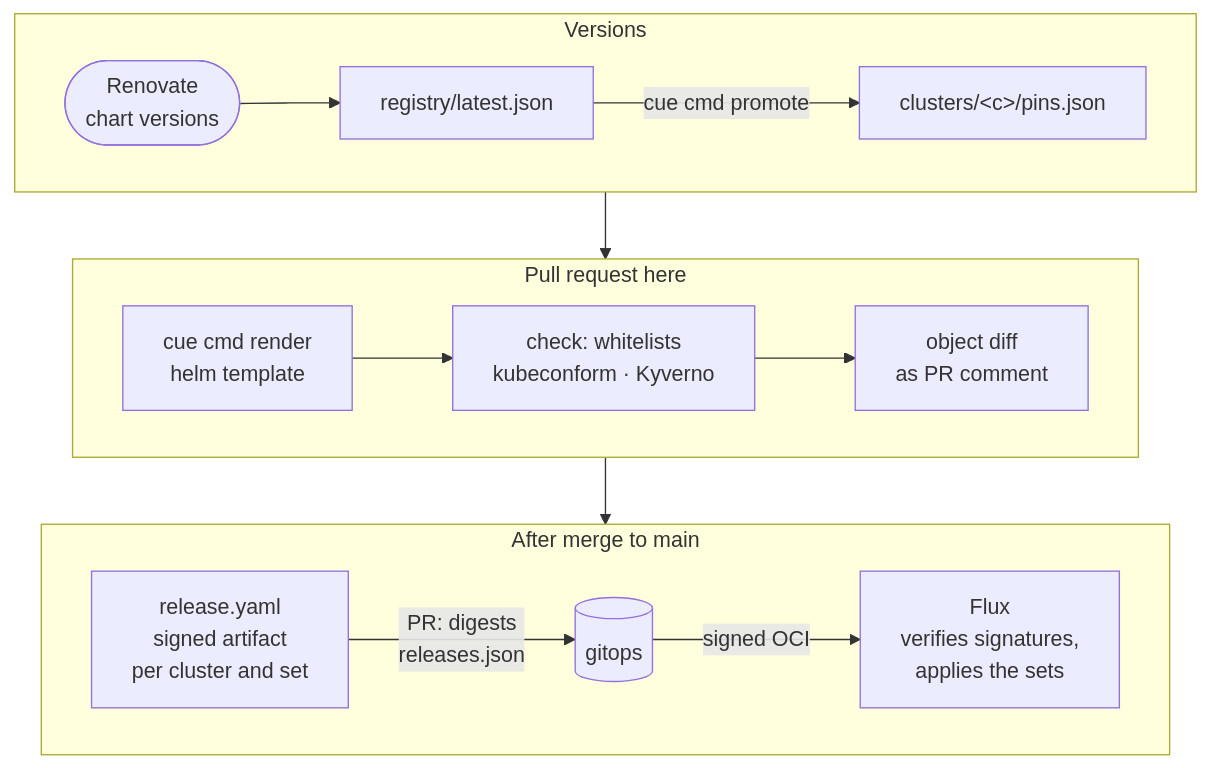
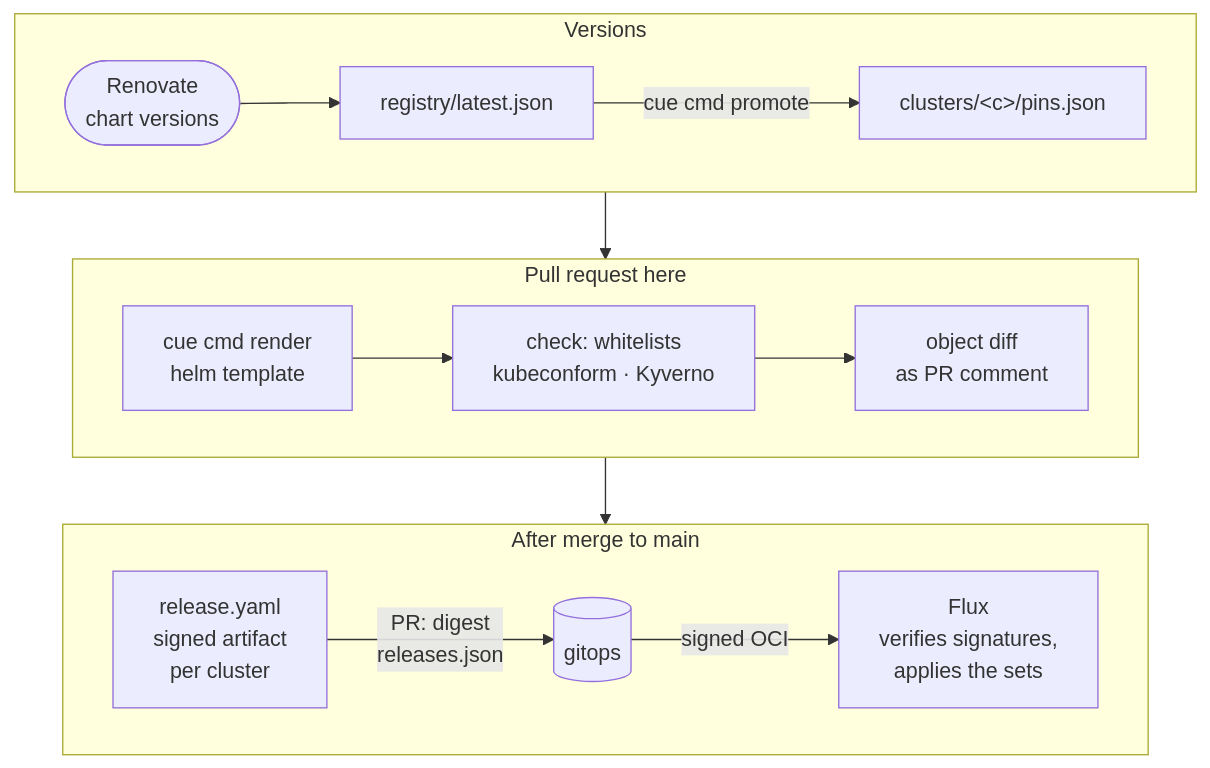
One commit to homelab-selfuryon/platform-components changed the diagram in README.md. Above: the diagram before and after it, drawn with Mermaid. The commit also changed other lines of this file and 7 other files, not shown here.

Commit message:
refactor!: publish one artifact per cluster, a directory per set (#69)

````diff
--- a/README.md
+++ b/README.md
@@ -13,27 +13,27 @@
 ```mermaid
 ---
 config:
   flowchart:
     wrappingWidth: 260
 ---
 flowchart TB
     subgraph inputs["Versions"]
         direction LR
         renovate(["Renovate<br/>chart versions"]) --> latest["registry/latest.json"]
         latest -->|"cue cmd promote"| pins["clusters/&lt;c&gt;/pins.json"]
     end
 
     subgraph pr["Pull request here"]
         direction LR
         render["cue cmd render<br/>helm template"] --> checks["check: whitelists<br/>kubeconform · Kyverno"]
         checks --> diff["object diff<br/>as PR comment"]
     end
 
     subgraph delivery["After merge to main"]
         direction LR
-        release["release.yaml<br/>signed artifact<br/>per cluster and set"] -->|"PR: digests<br/>releases.json"| gitops[("gitops")]
+        release["release.yaml<br/>signed artifact<br/>per cluster"] -->|"PR: digest<br/>releases.json"| gitops[("gitops")]
         gitops -->|"signed OCI"| flux["Flux<br/>verifies signatures,<br/>applies the sets"]
     end
 
     inputs --> pr --> delivery
 ```
````
